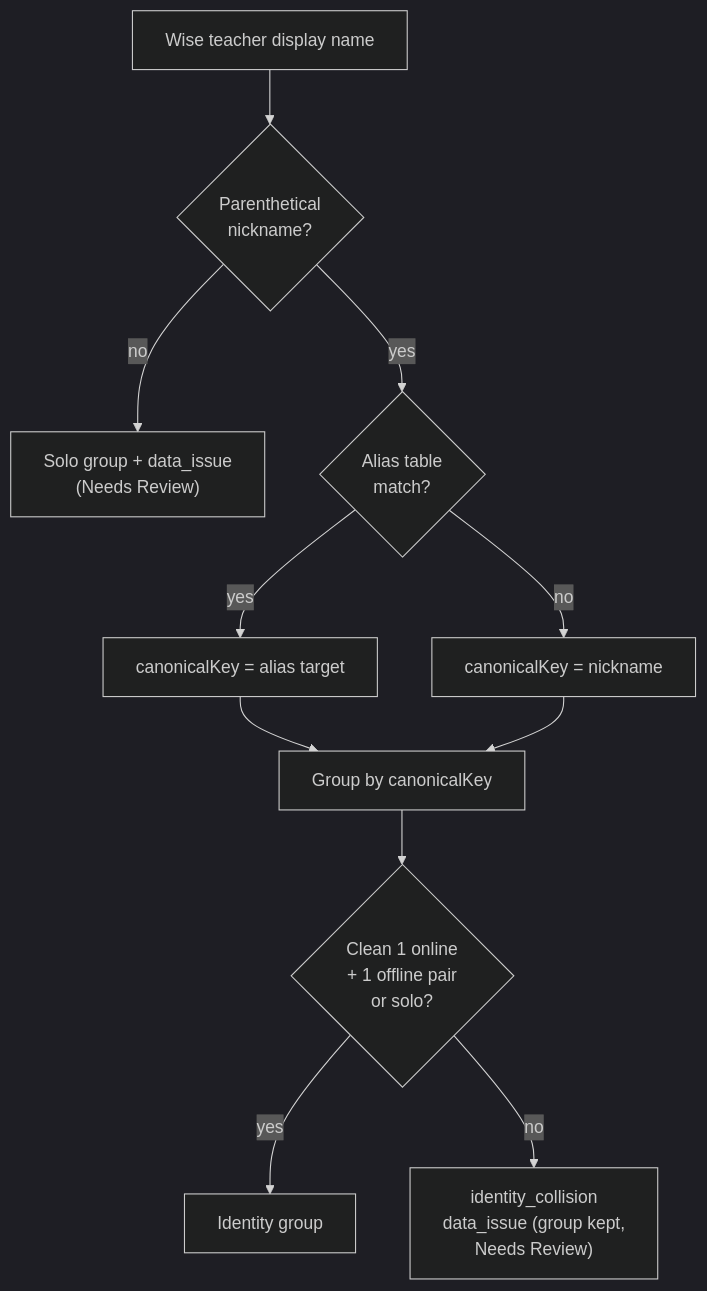
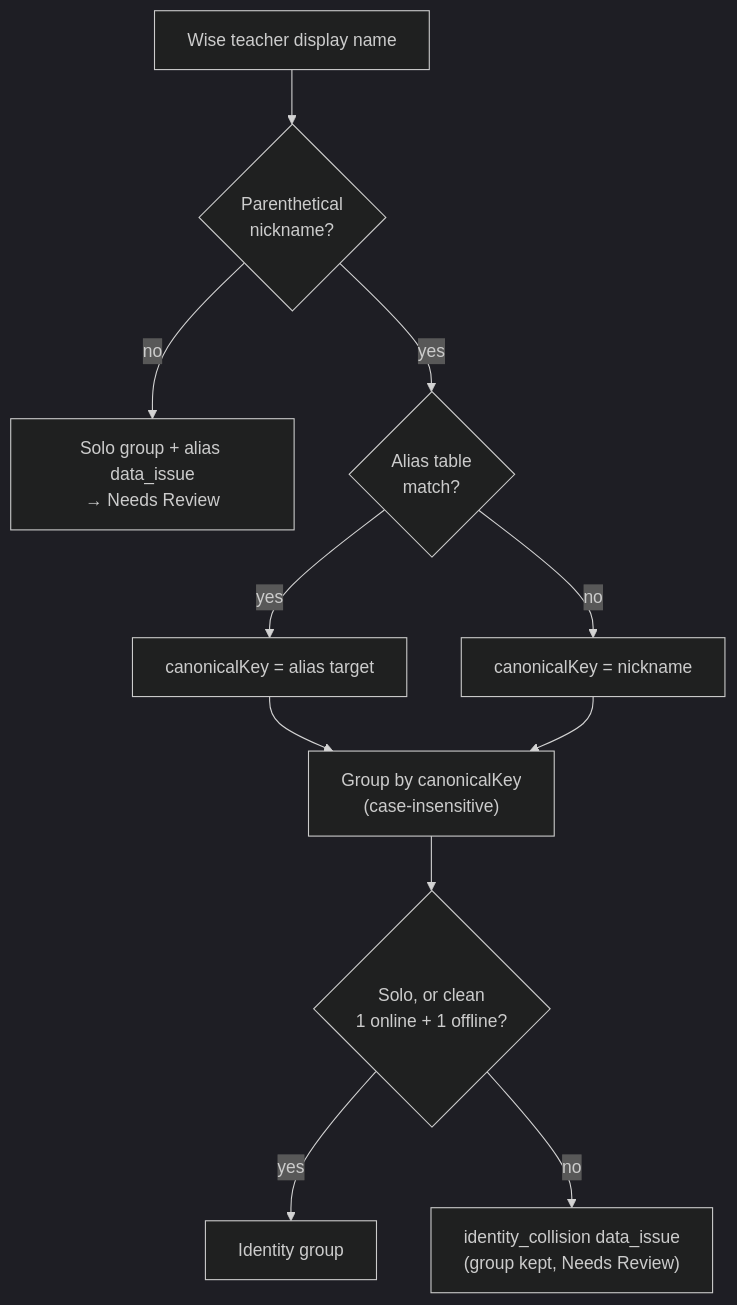
The second of 5 diagrams in docs/handbook/glossary.md (kasheesh711/bgscheduler), drawn with Mermaid (dark theme) before and after one commit. The commit also changed other lines of this file and 71 other files, not shown here.

````diff
--- a/docs/handbook/glossary.md
+++ b/docs/handbook/glossary.md
@@ -49,13 +93,13 @@
 ```mermaid
 flowchart TD
     A["Wise teacher display name"] --> B{"Parenthetical<br/>nickname?"}
-    B -- no --> Z["Solo group + data_issue<br/>(Needs Review)"]
+    B -- no --> Z["Solo group + alias data_issue<br/>→ Needs Review"]
     B -- yes --> C{"Alias table<br/>match?"}
     C -- yes --> D["canonicalKey = alias target"]
     C -- no --> E["canonicalKey = nickname"]
-    D --> F["Group by canonicalKey"]
+    D --> F["Group by canonicalKey<br/>(case-insensitive)"]
     E --> F
-    F --> G{"Clean 1 online<br/>+ 1 offline pair<br/>or solo?"}
+    F --> G{"Solo, or clean<br/>1 online + 1 offline?"}
     G -- yes --> H["Identity group"]
-    G -- no --> I["identity_collision<br/>data_issue (group kept,<br/>Needs Review)"]
+    G -- no --> I["identity_collision data_issue<br/>(group kept, Needs Review)"]
 ```
````
